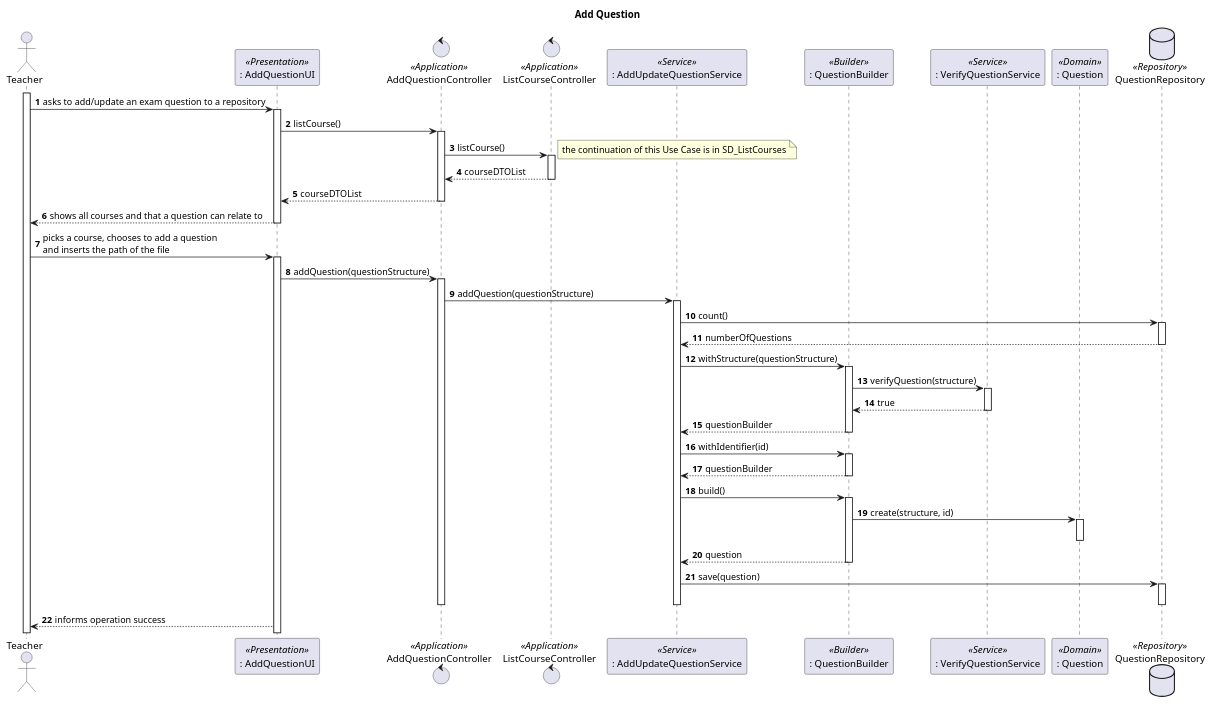
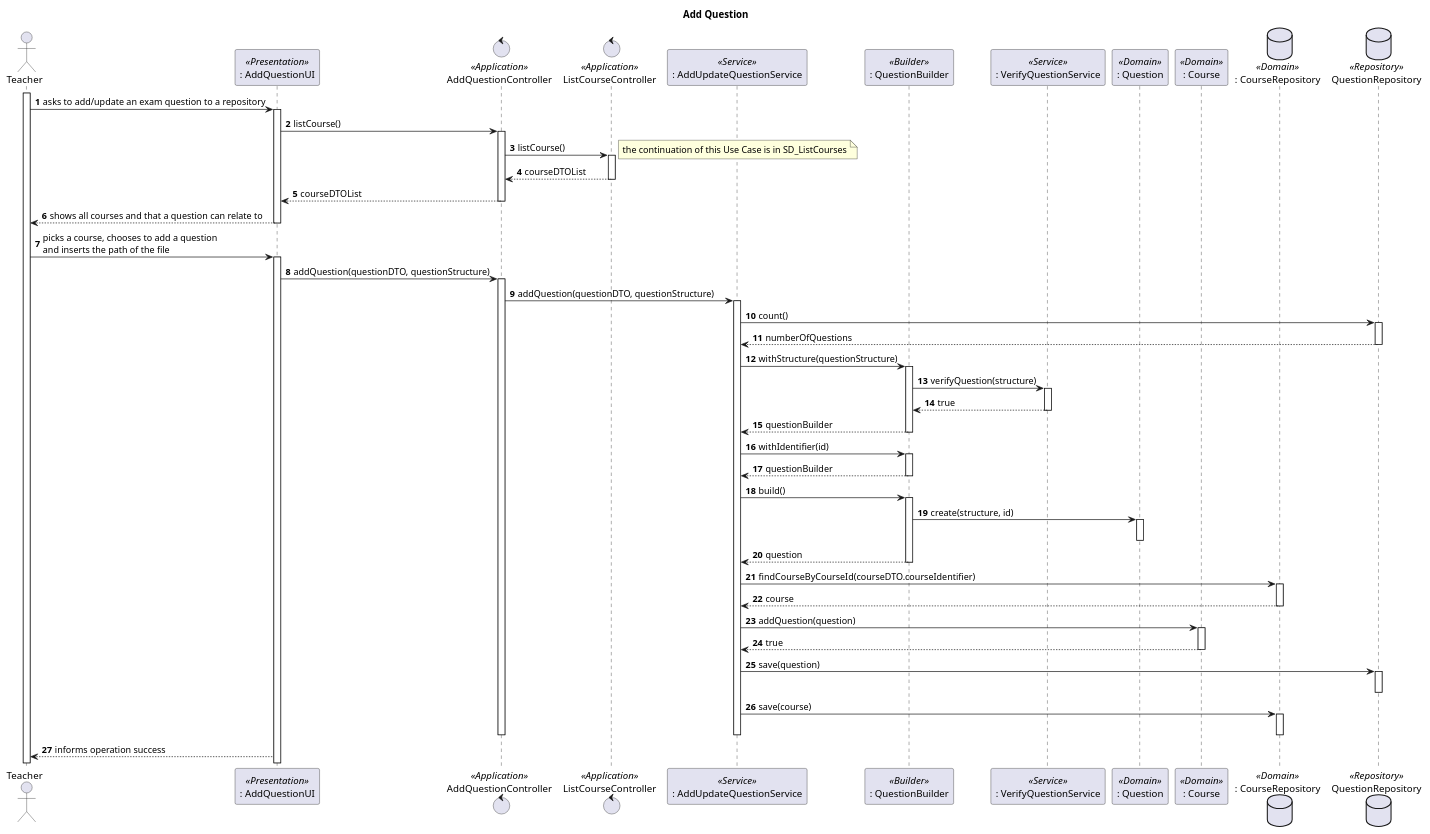
Before and after one commit to Marco-Nobrega-Andrade/sem4pi_22_23: the diagram in docs/Sprint_B/us_2007/us_2007_SD_add.puml, drawn with PlantUML. The commit also changed 1 other file, not shown here.

Commit message:
[US_2007][Design] - Corrected error in SD where it didn't save question in course

```diff
--- a/docs/Sprint_B/us_2007/us_2007_SD_add.puml
+++ b/docs/Sprint_B/us_2007/us_2007_SD_add.puml
@@ -1,79 +1,90 @@
 @startuml
 autonumber
 title Add Question
 
 actor "Teacher" as T
 
 participant ": AddQuestionUI" as UI <<Presentation>>
 control "AddQuestionController" as CTRL <<Application>>
 control "ListCourseController" as LCCTRL <<Application>>
 participant ": AddUpdateQuestionService" as AUQS <<Service>>
 participant ": QuestionBuilder" as QB <<Builder>>
 participant ": VerifyQuestionService" as VQS <<Service>>
 participant ": Question" as Q <<Domain>>
+participant ": Course" as C <<Domain>>
+database ": CourseRepository" as CR <<Domain>>
 database QuestionRepository as QR <<Repository>>
 
 activate T
 T -> UI : asks to add/update an exam question to a repository
 activate UI
 
 
 UI -> CTRL : listCourse()
 activate CTRL
 CTRL->LCCTRL : listCourse()
 note right: the continuation of this Use Case is in SD_ListCourses
 activate LCCTRL
 LCCTRL --> CTRL : courseDTOList
 deactivate LCCTRL
 CTRL --> UI :courseDTOList
 deactivate CTRL
 
 
 UI --> T : shows all courses and that a question can relate to
 deactivate UI
 
 T -> UI : picks a course, chooses to add a question \rand inserts the path of the file
 activate UI
 
-UI -> CTRL : addQuestion(questionStructure)
+UI -> CTRL : addQuestion(questionDTO, questionStructure)
 activate CTRL
 
-CTRL -> AUQS : addQuestion(questionStructure)
+CTRL -> AUQS : addQuestion(questionDTO, questionStructure)
 activate AUQS
 
 AUQS -> QR : count()
 activate QR
 QR --> AUQS : numberOfQuestions
 deactivate QR
 AUQS -> QB : withStructure(questionStructure)
 activate QB
 QB -> VQS : verifyQuestion(structure)
 activate VQS
 VQS --> QB : true
 deactivate VQS
 QB --> AUQS : questionBuilder
 deactivate QB
 AUQS -> QB : withIdentifier(id)
 activate QB
 QB --> AUQS : questionBuilder
 deactivate QB
 AUQS -> QB : build()
 activate QB
 
 QB -> Q : create(structure, id)
 activate Q
 
 deactivate Q
 QB --> AUQS : question
 deactivate QB
-
-
+AUQS -> CR : findCourseByCourseId(courseDTO.courseIdentifier)
+activate CR
+CR --> AUQS : course
+deactivate CR
+AUQS -> C : addQuestion(question)
+activate C
+C --> AUQS : true
+deactivate C
 AUQS -> QR : save(question)
 activate QR
 deactivate QR
+AUQS -> CR : save(course)
+activate CR
+deactivate CR
 deactivate AUQS
 deactivate CTRL
 
 UI--> T : informs operation success
 
 @enduml
```
